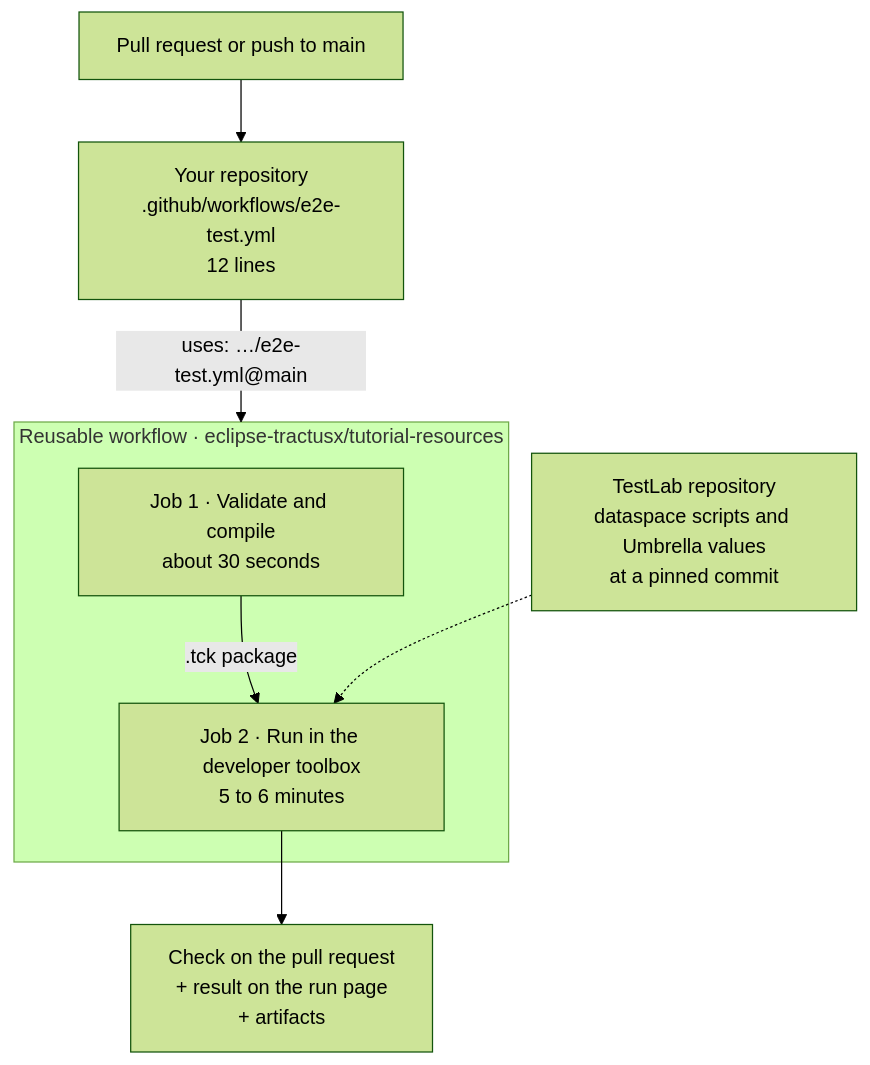
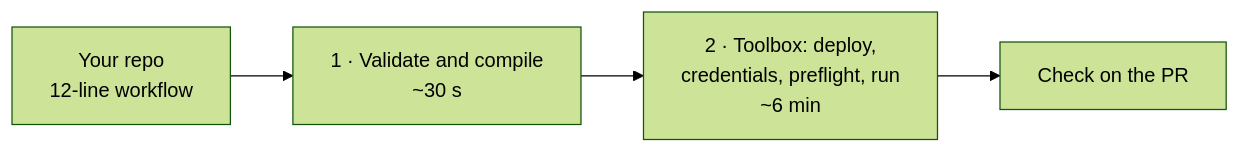
The second of 2 diagrams in e2e-testing/docs/reference/toolbox.md (eclipse-tractusx/tutorial-resources), drawn with Mermaid (forest theme) before and after one commit. The commit also changed other lines of this file and 19 other files, not shown here.

````diff
--- a/e2e-testing/docs/reference/toolbox.md
+++ b/e2e-testing/docs/reference/toolbox.md
@@ -78,10 +33,4 @@
 ```mermaid
-flowchart TD
-    PR["Pull request or push to main"] --> C["Your repository<br/>.github/workflows/e2e-test.yml<br/>12 lines"]
-    C -- "uses: …/e2e-test.yml@main" --> R
-    subgraph R["Reusable workflow · eclipse-tractusx/tutorial-resources"]
-        V["Job 1 · Validate and compile<br/>about 30 seconds"] -- ".tck package" --> E["Job 2 · Run in the developer toolbox<br/>5 to 6 minutes"]
-    end
-    T["TestLab repository<br/>dataspace scripts and Umbrella values<br/>at a pinned commit"] -.-> E
-    E --> OUT["Check on the pull request<br/>+ result on the run page<br/>+ artifacts"]
+flowchart LR
+    A["Your repo<br/>12-line workflow"] --> B["1 · Validate and compile<br/>~30 s"] --> C["2 · Toolbox: deploy,<br/>credentials, preflight, run<br/>~6 min"] --> D["Check on the PR"]
 ```
````
